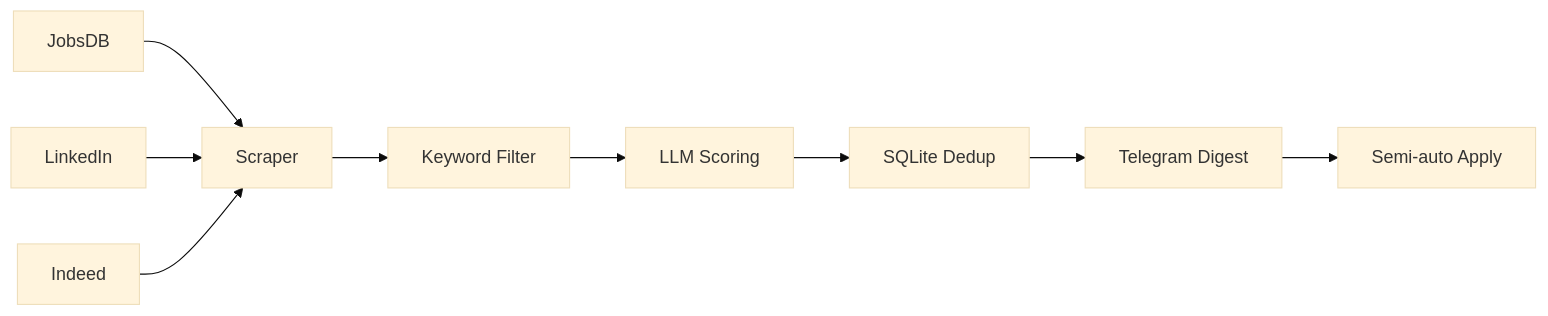
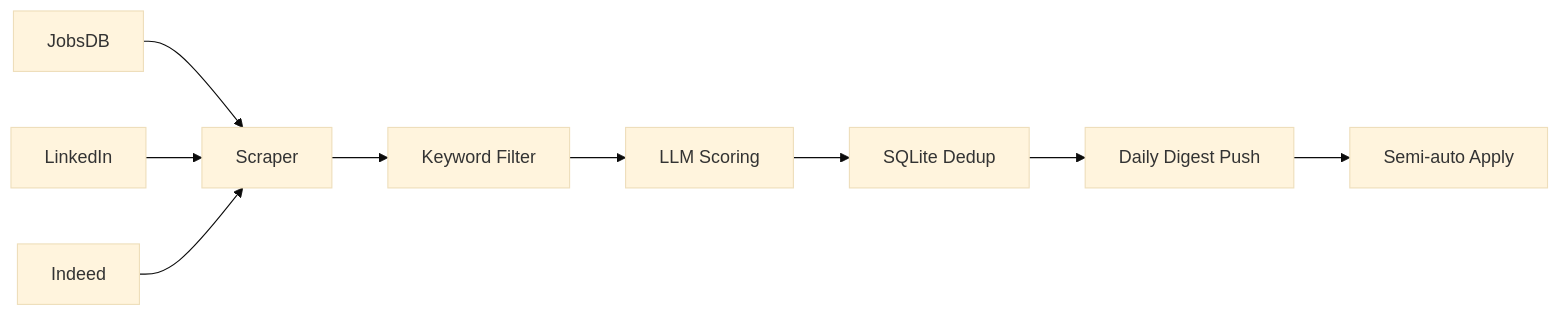
The diagram in README.md (prui0474/hk-job-radar), drawn with Mermaid (base theme) before and after one commit. The commit also changed other lines of this file and 8 other files, not shown here.

````diff
--- a/README.md
+++ b/README.md
@@ -65,11 +300,11 @@
 ```mermaid
 flowchart LR
     A[JobsDB] --> D[Scraper]
     B[LinkedIn] --> D
     C[Indeed] --> D
     D --> E[Keyword Filter]
     E --> F[LLM Scoring]
     F --> G[SQLite Dedup]
-    G --> H[Telegram Digest]
+    G --> H[Daily Digest Push]
     H --> I[Semi-auto Apply]
 ```
````
